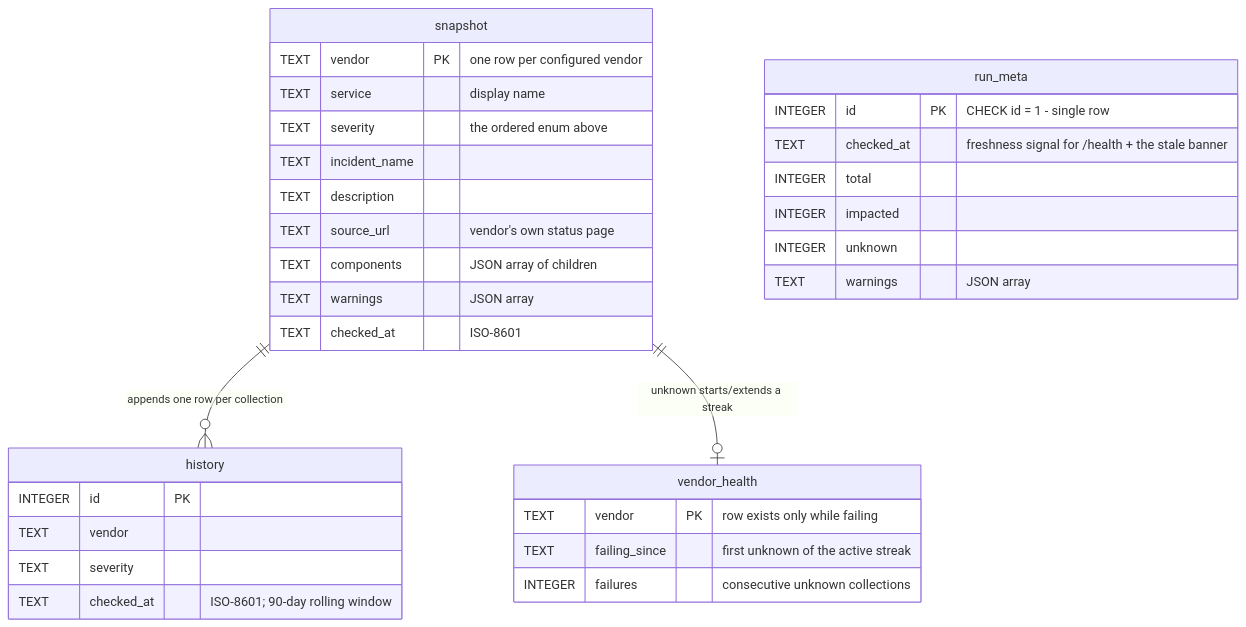
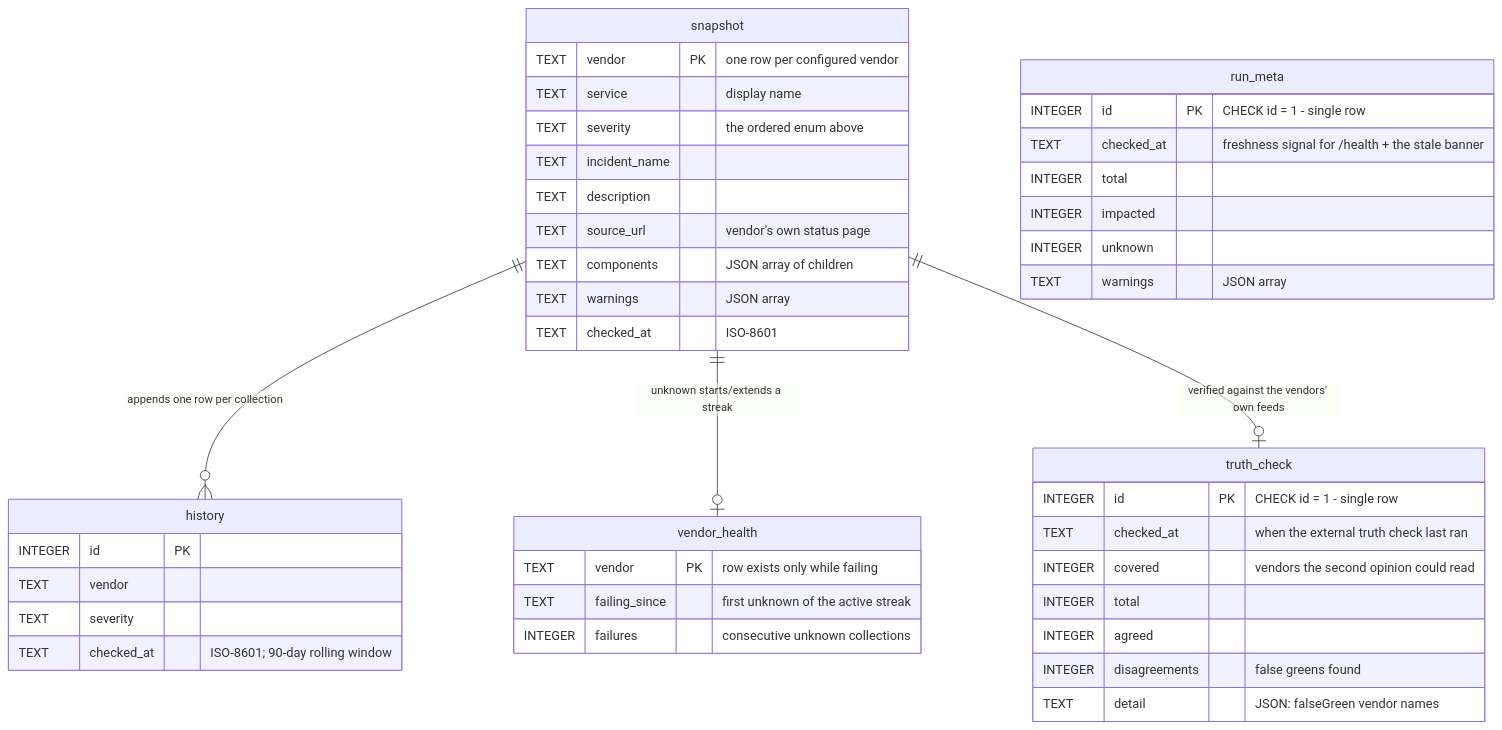
One commit to bjgreenberg/vendor-dashboard changed the second of 2 diagrams in README.md. Above: the diagram before and after it, drawn with Mermaid. The commit also changed other lines of this file and 16 other files, not shown here.

````diff
--- a/README.md
+++ b/README.md
@@ -141,35 +141,45 @@
 ```mermaid
 erDiagram
     snapshot {
         TEXT vendor PK "one row per configured vendor"
         TEXT service "display name"
         TEXT severity "the ordered enum above"
         TEXT incident_name
         TEXT description
         TEXT source_url "vendor's own status page"
         TEXT components "JSON array of children"
         TEXT warnings "JSON array"
         TEXT checked_at "ISO-8601"
     }
     history {
         INTEGER id PK
         TEXT vendor
         TEXT severity
         TEXT checked_at "ISO-8601; 90-day rolling window"
     }
     run_meta {
         INTEGER id PK "CHECK id = 1 - single row"
         TEXT checked_at "freshness signal for /health + the stale banner"
         INTEGER total
         INTEGER impacted
         INTEGER unknown
         TEXT warnings "JSON array"
     }
     vendor_health {
         TEXT vendor PK "row exists only while failing"
         TEXT failing_since "first unknown of the active streak"
         INTEGER failures "consecutive unknown collections"
     }
+    truth_check {
+        INTEGER id PK "CHECK id = 1 - single row"
+        TEXT checked_at "when the external truth check last ran"
+        INTEGER covered "vendors the second opinion could read"
+        INTEGER total
+        INTEGER agreed
+        INTEGER disagreements "false greens found"
+        TEXT detail "JSON: falseGreen vendor names"
+    }
     snapshot ||--o{ history : "appends one row per collection"
     snapshot ||--o| vendor_health : "unknown starts/extends a streak"
+    snapshot ||--o| truth_check : "verified against the vendors' own feeds"
 ```
````
